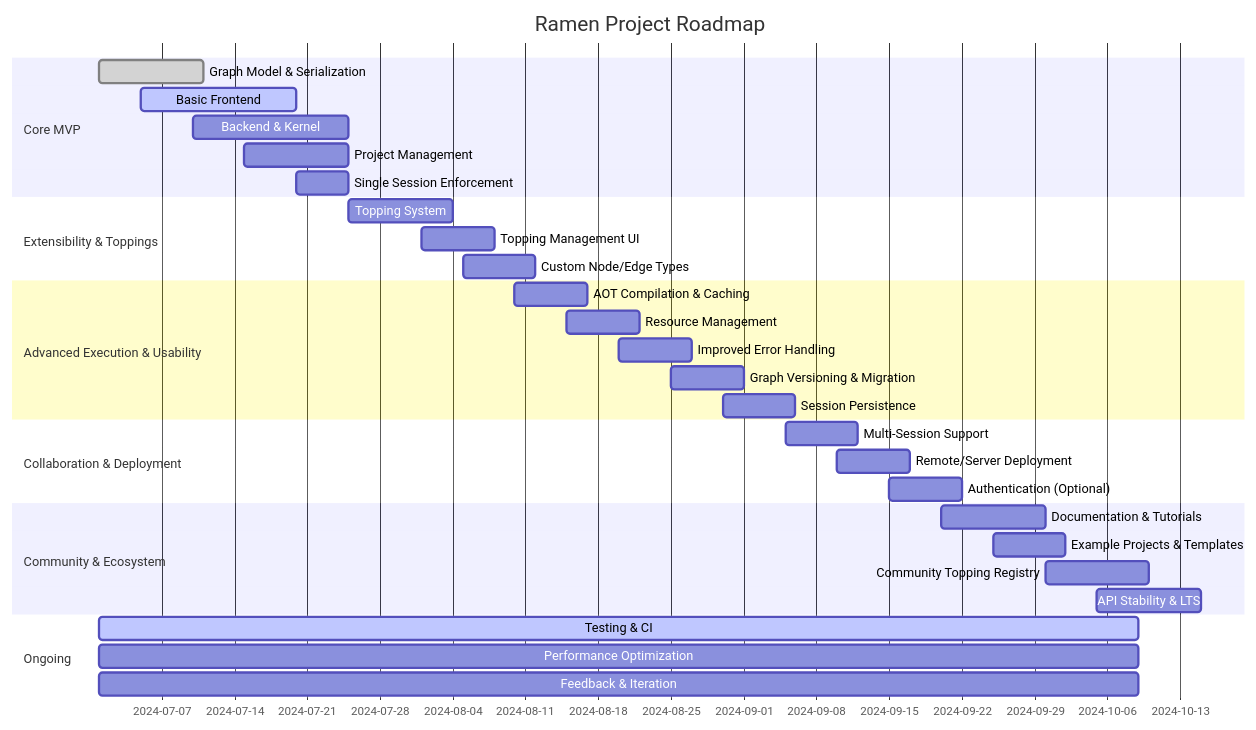
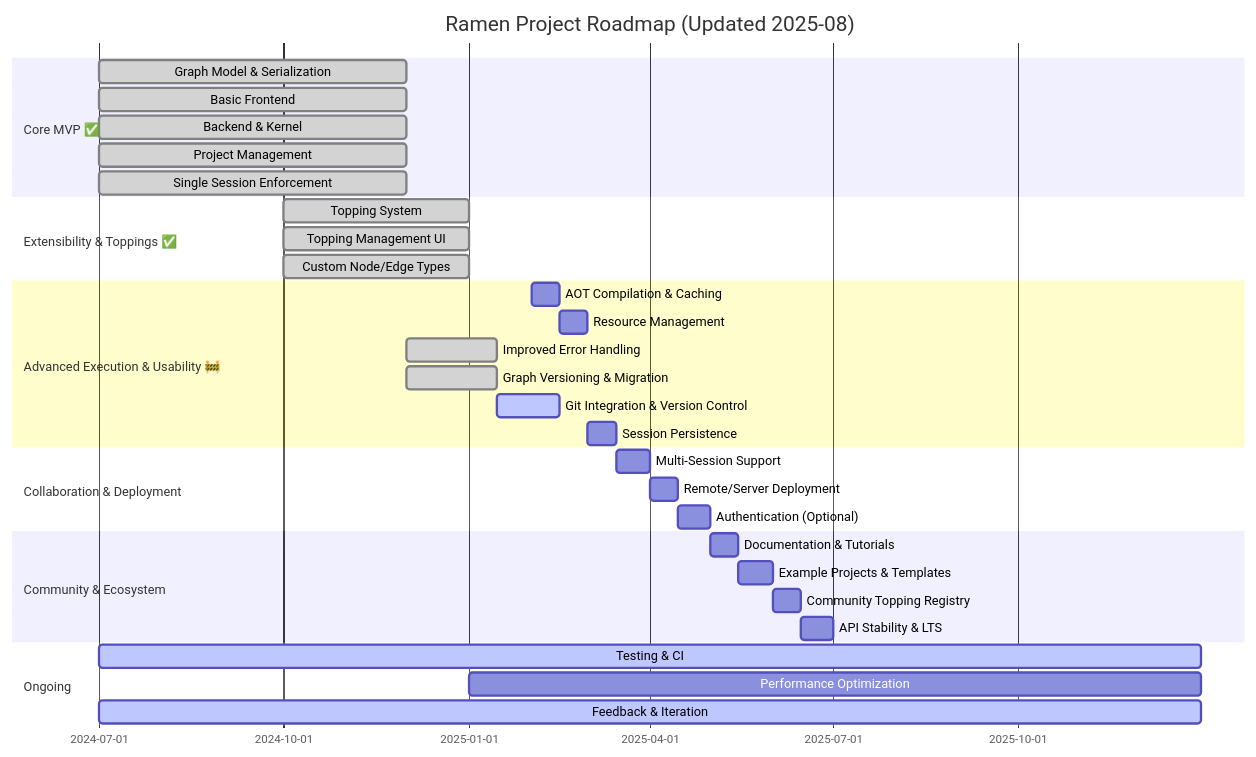
The diagram in docs/technical-design/Roadmap.md (Ramen-Project/ramen), drawn with Mermaid before and after one commit. The commit also changed other lines of this file and 11 other files, not shown here.

````diff
--- a/docs/technical-design/Roadmap.md
+++ b/docs/technical-design/Roadmap.md
@@ -113,34 +141,35 @@
 ```mermaid
 gantt
-    title Ramen Project Roadmap
+    title Ramen Project Roadmap (Updated 2025-08)
     dateFormat  YYYY-MM-DD
-    section Core MVP
-    Graph Model & Serialization      :done,    des1, 2024-07-01, 10d
-    Basic Frontend                  :active,  des2, 2024-07-05, 15d
-    Backend & Kernel                :         des3, 2024-07-10, 15d
-    Project Management              :         des4, 2024-07-15, 10d
-    Single Session Enforcement      :         des5, 2024-07-20, 5d
-    section Extensibility & Toppings
-    Topping System                  :         des6, 2024-07-25, 10d
-    Topping Management UI           :         des7, 2024-08-01, 7d
-    Custom Node/Edge Types          :         des8, 2024-08-05, 7d
-    section Advanced Execution & Usability
-    AOT Compilation & Caching       :         des9, 2024-08-10, 7d
-    Resource Management             :         des10, 2024-08-15, 7d
-    Improved Error Handling         :         des11, 2024-08-20, 7d
-    Graph Versioning & Migration    :         des12, 2024-08-25, 7d
-    Session Persistence             :         des13, 2024-08-30, 7d
+    section Core MVP ✅
+    Graph Model & Serialization      :done,    des1, 2024-07-01, 2024-12-01
+    Basic Frontend                   :done,    des2, 2024-07-01, 2024-12-01
+    Backend & Kernel                 :done,    des3, 2024-07-01, 2024-12-01
+    Project Management               :done,    des4, 2024-07-01, 2024-12-01
+    Single Session Enforcement      :done,    des5, 2024-07-01, 2024-12-01
+    section Extensibility & Toppings ✅
+    Topping System                   :done,    des6, 2024-10-01, 2025-01-01
+    Topping Management UI            :done,    des7, 2024-10-01, 2025-01-01
+    Custom Node/Edge Types           :done,    des8, 2024-10-01, 2025-01-01
+    section Advanced Execution & Usability 🚧
+    AOT Compilation & Caching        :         des9, 2025-02-01, 2025-02-15
+    Resource Management              :         des10, 2025-02-15, 2025-03-01
+    Improved Error Handling          :done,    des11, 2024-12-01, 2025-01-15
+    Graph Versioning & Migration     :done,    des12, 2024-12-01, 2025-01-15
+    Git Integration & Version Control :active, des13, 2025-01-15, 2025-02-15
+    Session Persistence              :         des14, 2025-03-01, 2025-03-15
     section Collaboration & Deployment
-    Multi-Session Support           :         des14, 2024-09-05, 7d
-    Remote/Server Deployment        :         des15, 2024-09-10, 7d
-    Authentication (Optional)       :         des16, 2024-09-15, 7d
+    Multi-Session Support            :         des15, 2025-03-15, 2025-04-01
+    Remote/Server Deployment         :         des16, 2025-04-01, 2025-04-15
+    Authentication (Optional)        :         des17, 2025-04-15, 2025-05-01
     section Community & Ecosystem
-    Documentation & Tutorials       :         des17, 2024-09-20, 10d
-    Example Projects & Templates    :         des18, 2024-09-25, 7d
-    Community Topping Registry      :         des19, 2024-09-30, 10d
-    API Stability & LTS             :         des20, 2024-10-05, 10d
+    Documentation & Tutorials        :         des18, 2025-05-01, 2025-05-15
+    Example Projects & Templates     :         des19, 2025-05-15, 2025-06-01
+    Community Topping Registry       :         des20, 2025-06-01, 2025-06-15
+    API Stability & LTS              :         des21, 2025-06-15, 2025-07-01
     section Ongoing
-    Testing & CI                    :active,  des21, 2024-07-01, 100d
-    Performance Optimization        :         des22, 2024-07-01, 100d
-    Feedback & Iteration            :         des23, 2024-07-01, 100d
+    Testing & CI                     :active,  des22, 2024-07-01, 2025-12-31
+    Performance Optimization         :         des23, 2025-01-01, 2025-12-31
+    Feedback & Iteration             :active,  des24, 2024-07-01, 2025-12-31
 ``` 
````
